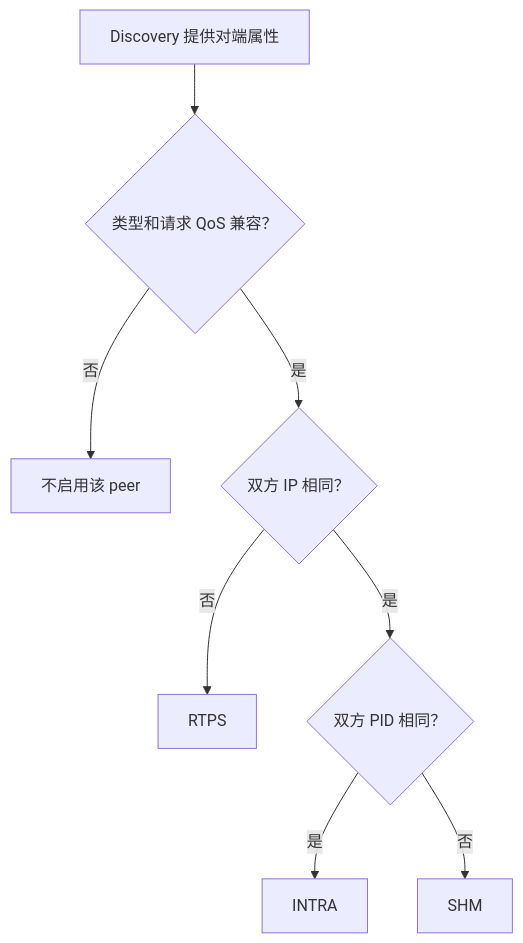
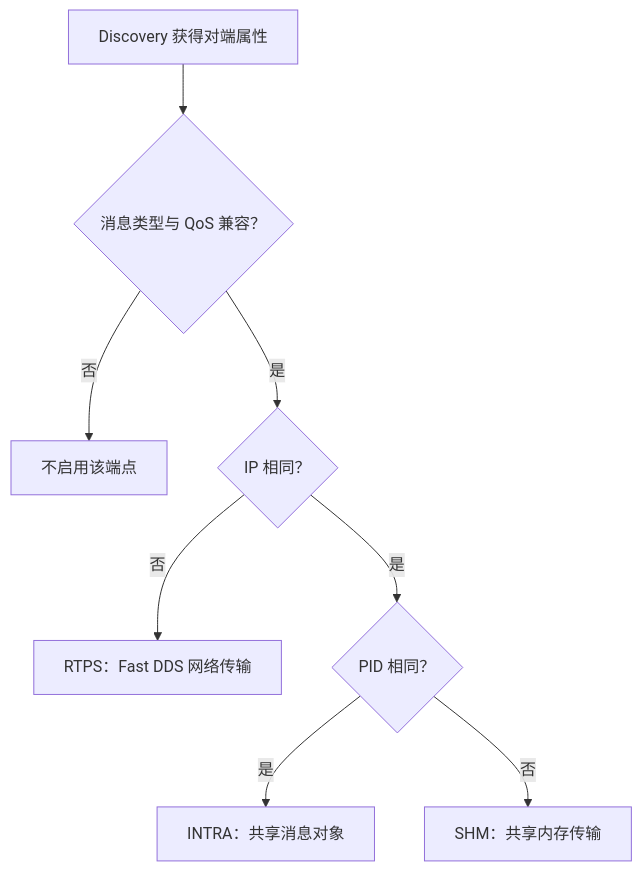
The diagram in README.md (jzh03/mini-cyberrt), drawn with Mermaid before and after one commit. The commit also changed other lines of this file and 7 other files, not shown here.

````diff
--- a/README.md
+++ b/README.md
@@ -37,10 +52,10 @@
 ```mermaid
 flowchart TD
-    PEER["Discovery 提供对端属性"] --> MATCH{"类型和请求 QoS 兼容？"}
-    MATCH -->|否| REJECT["不启用该 peer"]
-    MATCH -->|是| HOST{"双方 IP 相同？"}
-    HOST -->|否| RTPS["RTPS"]
-    HOST -->|是| PROCESS{"双方 PID 相同？"}
-    PROCESS -->|是| INTRA["INTRA"]
-    PROCESS -->|否| SHM["SHM"]
+    PEER["Discovery 获得对端属性"] --> MATCH{"消息类型与 QoS 兼容？"}
+    MATCH -->|否| REJECT["不启用该端点"]
+    MATCH -->|是| HOST{"IP 相同？"}
+    HOST -->|否| RTPS["RTPS：Fast DDS 网络传输"]
+    HOST -->|是| PROCESS{"PID 相同？"}
+    PROCESS -->|是| INTRA["INTRA：共享消息对象"]
+    PROCESS -->|否| SHM["SHM：共享内存传输"]
 ```
````
